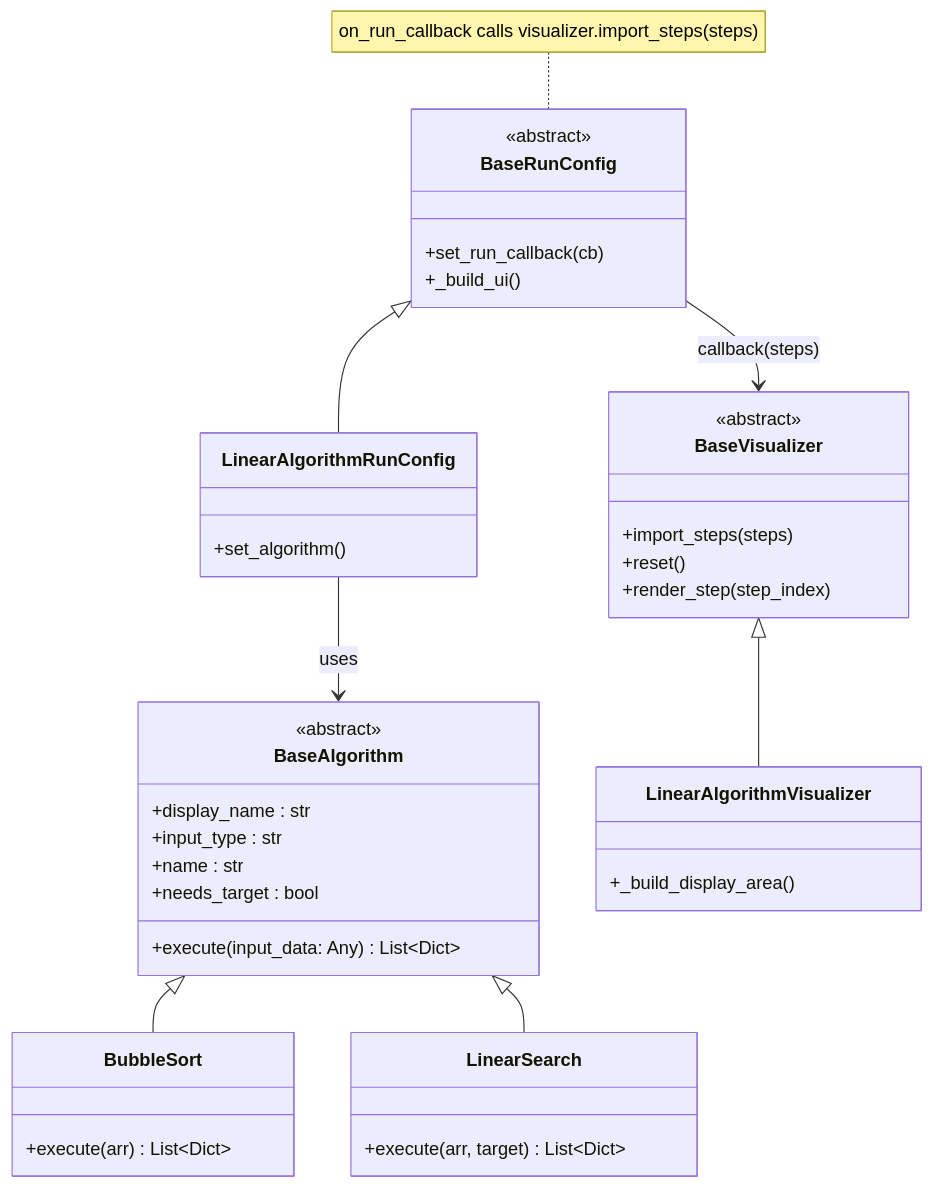
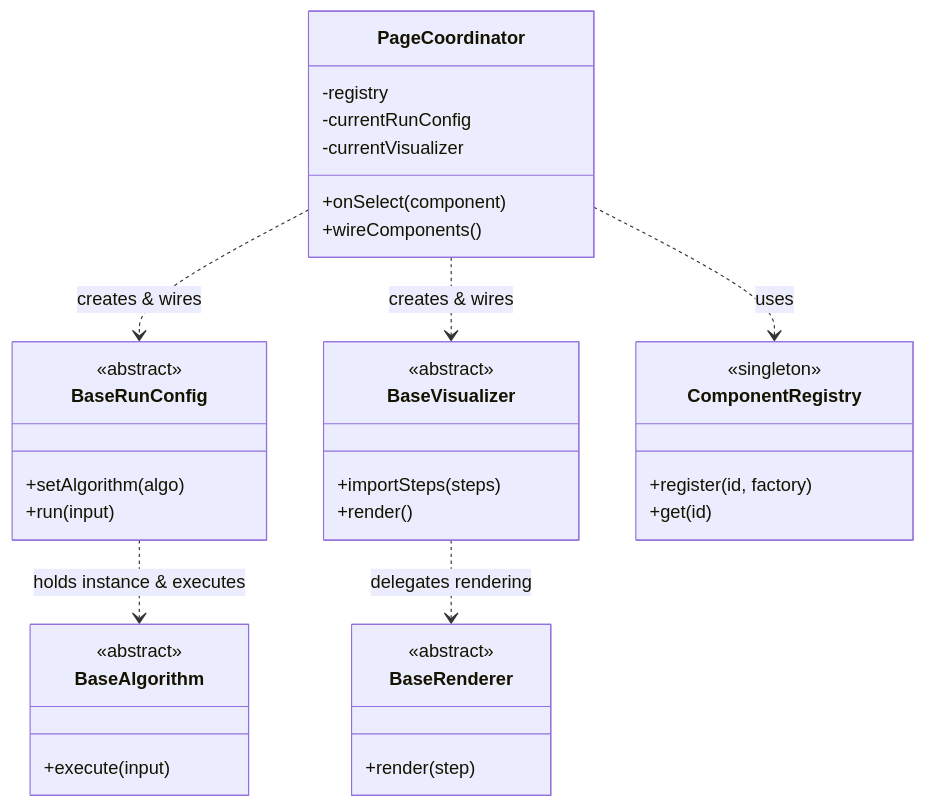
Before and after one commit to Group-8-DSA-Visualizer/DSA-Visualizer-Wiki: the fourth of 4 diagrams in docs/architecture.md, drawn with Mermaid. The commit also changed other lines of this file, not shown here.

````diff
--- a/docs/architecture.md
+++ b/docs/architecture.md
@@ -77,47 +76,41 @@
 ```mermaid
 classDiagram
-    direction TB
-
     class BaseAlgorithm {
         <<abstract>>
-        +display_name : str
-        +input_type : str
-        +name : str
-        +needs_target : bool
-        +execute(input_data: Any) List~Dict~
+        +execute(input)
     }
-    class BubbleSort {
-        +execute(arr) List~Dict~
-    }
-    class LinearSearch {
-        +execute(arr, target) List~Dict~
-    }
-    BaseAlgorithm <|-- BubbleSort
-    BaseAlgorithm <|-- LinearSearch
-
     class BaseRunConfig {
         <<abstract>>
-        +set_run_callback(cb)
-        +_build_ui()
+        +setAlgorithm(algo)
+        +run(input)
     }
-    class LinearAlgorithmRunConfig {
-        +set_algorithm()
-    }
-    BaseRunConfig <|-- LinearAlgorithmRunConfig
-
     class BaseVisualizer {
         <<abstract>>
-        +import_steps(steps)
-        +reset()
-        +render_step(step_index)
+        +importSteps(steps)
+        +render()
     }
-    class LinearAlgorithmVisualizer {
-        +_build_display_area()
+    class BaseRenderer {
+        <<abstract>>
+        +render(step)
     }
-    BaseVisualizer <|-- LinearAlgorithmVisualizer
 
-    BaseRunConfig --> BaseVisualizer : callback(steps)
-    note for BaseRunConfig "on_run_callback calls visualizer.import_steps(steps)"
+    class PageCoordinator {
+        -registry
+        -currentRunConfig
+        -currentVisualizer
+        +onSelect(component)
+        +wireComponents()
+    }
+    class ComponentRegistry {
+        <<singleton>>
+        +register(id, factory)
+        +get(id)
+    }
 
-    LinearAlgorithmRunConfig --> BaseAlgorithm : uses
+    PageCoordinator ..> ComponentRegistry : uses
+    PageCoordinator ..> BaseRunConfig : creates & wires
+    PageCoordinator ..> BaseVisualizer : creates & wires
+
+    BaseRunConfig ..> BaseAlgorithm : holds instance & executes
+    BaseVisualizer ..> BaseRenderer : delegates rendering
 ```
````
